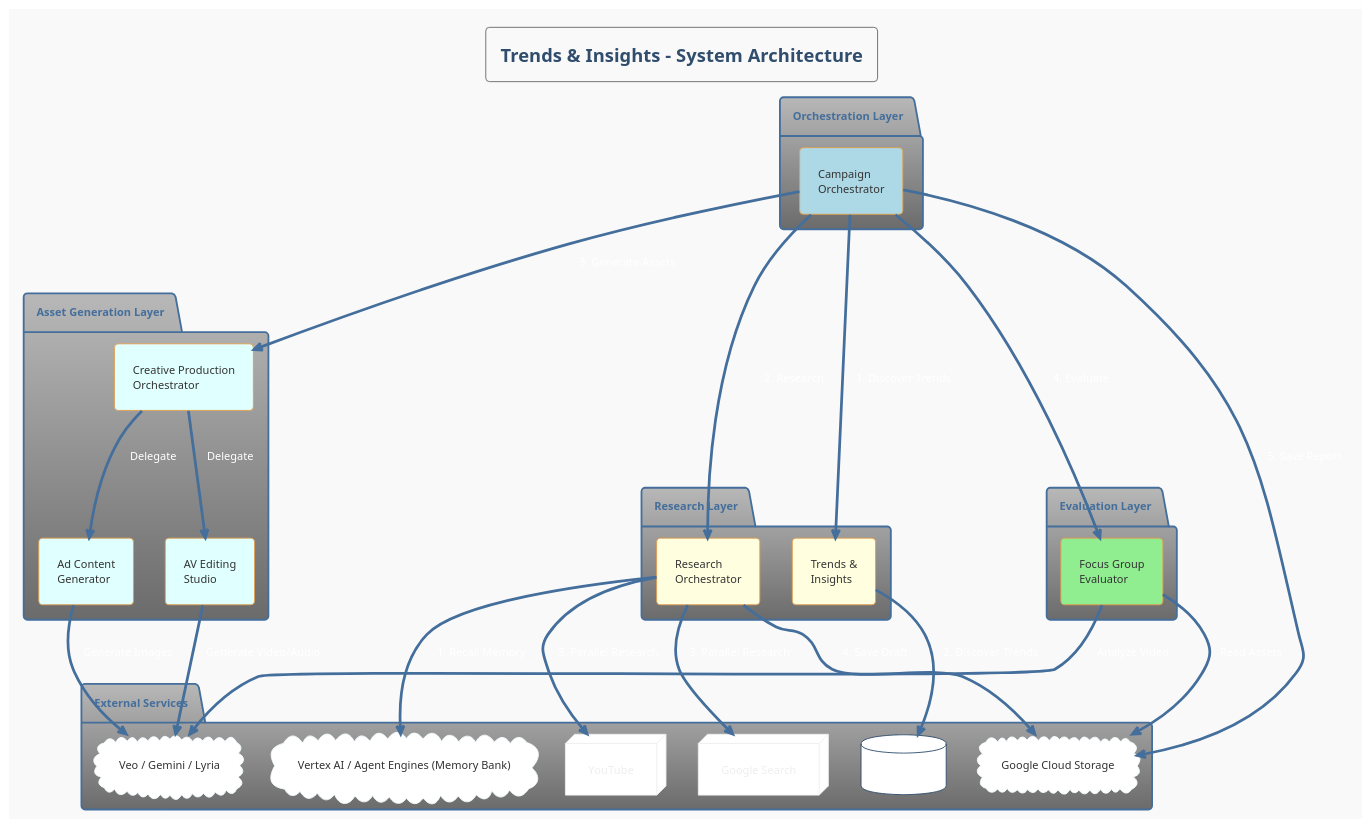
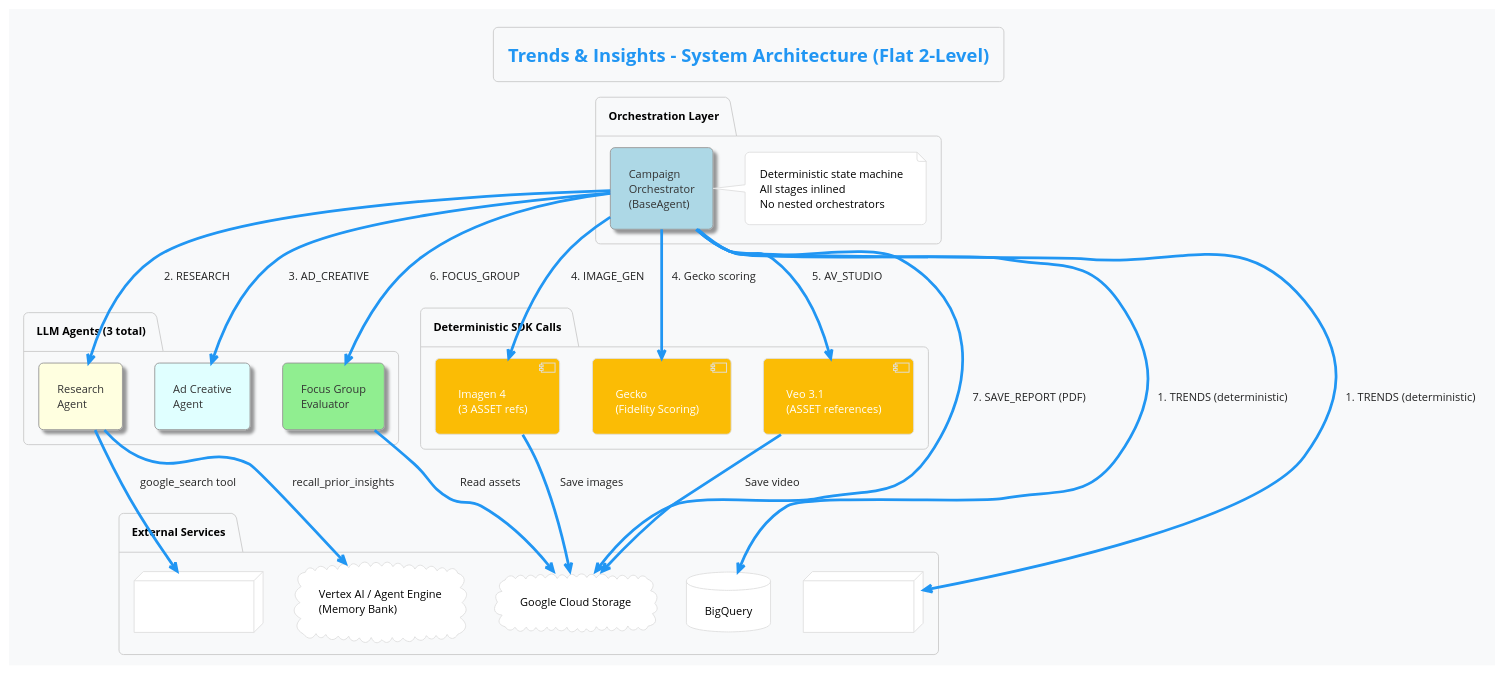
One commit to tottenjordan/zghost changed the diagram in docs/system_architecture.puml. Above: the diagram before and after it, drawn with PlantUML. The commit also changed 7 other files, not shown here.

First line of the commit message:
fix: remove dead multi-clip code + ASSET-only Veo refs + stronger trend creative

```diff
--- a/docs/system_architecture.puml
+++ b/docs/system_architecture.puml
@@ -1,60 +1,151 @@
 @startuml
-!theme spacelab
-skinparam Handwritten false
-skinparam Monochrome false
-skinparam BackgroundColor #f9f9f9
-skinparam BoxPadding 10
+
+' GCP_BRANDING_APPLIED
+!theme materia
+skinparam backgroundColor #F8F9FA
+skinparam roundCorner 10
+skinparam defaultFontName "Open Sans"
+skinparam DefaultFontSize 12
 skinparam Padding 10
 
-title Trends & Insights - System Architecture
+skinparam database {
+    BackgroundColor #FBBC05
+    BorderColor #E0E0E0
+    FontColor #000
+    Shadowing false
+}
+skinparam component {
+    BackgroundColor #4285F4
+    BorderColor #E0E0E0
+    FontColor #FFF
+    Shadowing false
+}
+skinparam rectangle {
+    BackgroundColor #EA4335
+    BorderColor #E0E0E0
+    FontColor #FFF
+    Shadowing false
+}
+skinparam note {
+    BackgroundColor #FFFFFF
+    BorderColor #E0E0E0
+    FontColor #000000
+    Shadowing false
+    BorderThickness 1
+}
+skinparam collections {
+    BackgroundColor #34A853
+    BorderColor #E0E0E0
+    FontColor #FFF
+    Shadowing false
+}
+skinparam state {
+    BackgroundColor #4285F4
+    BorderColor #E0E0E0
+    FontColor #FFF
+    Shadowing false
+}
+skinparam activity {
+    BackgroundColor #4285F4
+    BorderColor #E0E0E0
+    FontColor #FFF
+    Shadowing false
+}
+skinparam actor {
+    BackgroundColor #FFFFFF
+    BorderColor #4285F4
+    FontColor #000
+    Shadowing false
+    BorderThickness 2
+}
+skinparam usecase {
+    BackgroundColor #FBBC05
+    BorderColor #E0E0E0
+    FontColor #000
+    Shadowing false
+}
+skinparam cloud {
+    BackgroundColor #FFFFFF
+    BorderColor #E0E0E0
+    FontColor #000
+    Shadowing false
+}
+skinparam frame {
+    BackgroundColor #FFFFFF
+    BorderColor #E0E0E0
+    FontColor #000
+    Shadowing false
+}
+skinparam package {
+    BackgroundColor #F8F9FA
+    BorderColor #CCCCCC
+    FontColor #000
+    Shadowing false
+    BorderThickness 1
+}
+skinparam node {
+    BackgroundColor #EA4335
+    BorderColor #E0E0E0
+    FontColor #FFF
+    Shadowing false
+}
+skinparam queue {
+    BackgroundColor #34A853
+    BorderColor #E0E0E0
+    FontColor #FFF
+    Shadowing false
+}
+
+
+
+title Trends & Insights - System Architecture (Flat 2-Level)
 
 package "Orchestration Layer" {
-  agent "Campaign\nOrchestrator" as Root #LightBlue
+  agent "Campaign\nOrchestrator\n(BaseAgent)" as Root #LightBlue
+  note right of Root
+    Deterministic state machine
+    All stages inlined
+    No nested orchestrators
+  end note
 }
 
-package "Asset Generation Layer" {
-  agent "Creative Production\nOrchestrator" as Creative #LightCyan
-  agent "Ad Content\nGenerator" as AdGen #LightCyan
-  agent "AV Editing\nStudio" as AVStudio #LightCyan
+package "LLM Agents (3 total)" {
+  agent "Research\nAgent" as Research #LightYellow
+  agent "Ad Creative\nAgent" as AdCreative #LightCyan
+  agent "Focus Group\nEvaluator" as Eval #LightGreen
 }
 
-package "Research Layer" {
-  agent "Research\nOrchestrator" as Research #LightYellow
-  agent "Trends &\nInsights" as Trends #LightYellow
-}
-
-package "Evaluation Layer" {
-  agent "Focus Group\nEvaluator" as Eval #LightGreen
+package "Deterministic SDK Calls" {
+  component "Imagen 4\n(3 ASSET refs)" as Imagen #FBBC05
+  component "Gecko\n(Fidelity Scoring)" as Gecko #FBBC05
+  component "Veo 3.1\n(ASSET references)" as Veo #FBBC05
 }
 
 package "External Services" {
   cloud "Google Cloud Storage" as GCS #White
   database "BigQuery" as BQ #White
-  node "YouTube" as YT #White
+  node "YouTube API" as YT #White
   node "Google Search" as GS #White
-  cloud "Veo / Gemini / Lyria" as AI #White
-  cloud "Vertex AI / Agent Engines (Memory Bank)" as AE #White
+  cloud "Vertex AI / Agent Engine\n(Memory Bank)" as AE #White
 }
 
 ' Relationships
-Root --> Trends : 1. Discover Trends
-Root --> Research : 2. Research
-Root --> Creative : 3. Generate Assets
-Root --> Eval : 4. Evaluate
-Root --> GCS : 5. Save Report
+Root --> BQ : 1. TRENDS (deterministic)
+Root --> YT : 1. TRENDS (deterministic)
+Root --> Research : 2. RESEARCH
+Root --> AdCreative : 3. AD_CREATIVE
+Root --> Imagen : 4. IMAGE_GEN
+Root --> Gecko : 4. Gecko scoring
+Root --> Veo : 5. AV_STUDIO
+Root --> Eval : 6. FOCUS_GROUP
+Root --> GCS : 7. SAVE_REPORT (PDF)
 
-Research --> AE : 1. Recall Memory
-Trends --> BQ : 2. Discover Trends
-Research --> YT : 3. Parallel Research
-Research --> GS : 3. Parallel Research
-Research --> GCS : 4. Save Draft
+Research --> GS : google_search tool
+Research --> AE : recall_prior_insights
 
-Creative --> AdGen : Delegate
-Creative --> AVStudio : Delegate
-AdGen --> AI : Generate Images
-AVStudio --> AI : Generate Video/Audio
+Imagen --> GCS : Save images
+Veo --> GCS : Save video
 
-Eval --> GCS : Read Assets
-Eval --> AI : Analyze Video
+Eval --> GCS : Read assets
 
-@endum
+@enduml
```
